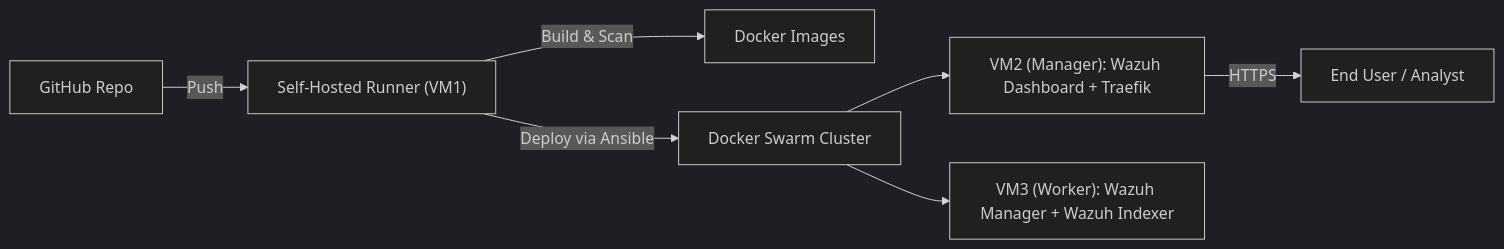
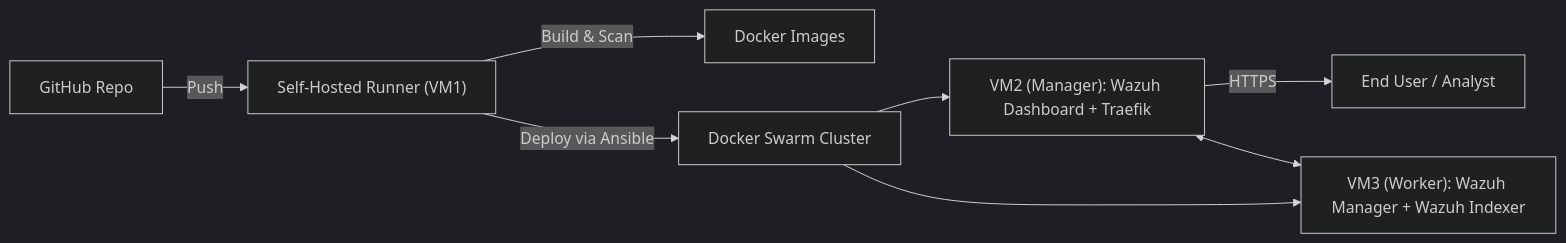
The diagram in README.md (AshBloom12/Mini_SOC), drawn with Mermaid (dark theme) before and after one commit. The commit also changed 3 other files, not shown here.

````diff
--- a/README.md
+++ b/README.md
@@ -30,9 +30,10 @@
 ```mermaid
 flowchart LR
     GH[GitHub Repo] -->|Push| Runner["Self-Hosted Runner (VM1)"]
     Runner -->|Build & Scan| DockerImages["Docker Images"]
     Runner -->|Deploy via Ansible| Swarm["Docker Swarm Cluster"]
     Swarm --> VM2["VM2 (Manager): Wazuh Dashboard + Traefik"]
     Swarm --> VM3["VM3 (Worker): Wazuh Manager + Wazuh Indexer"]
     VM2 -->|HTTPS| User["End User / Analyst"]
+    VM2 <--> VM3
 ```
````
